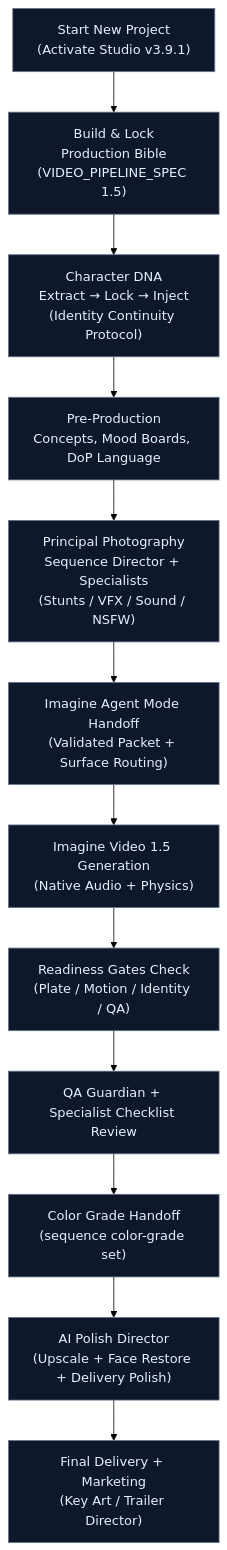
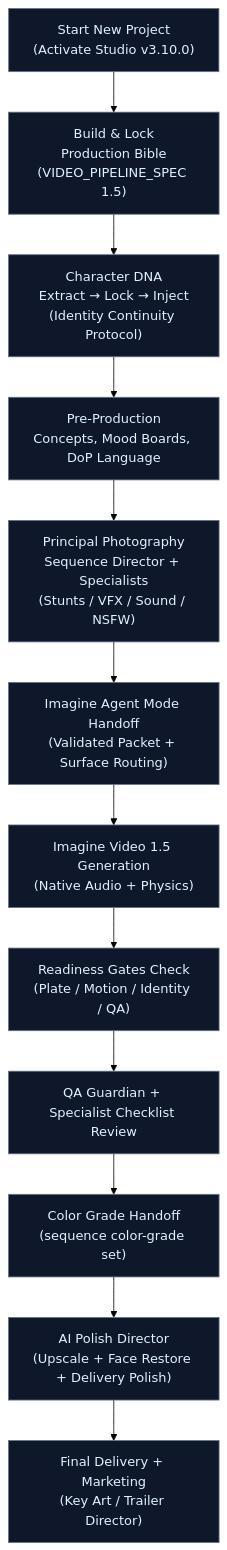
Before and after one commit to FineComputer14451/Grok-Imagine-Cinematic-Studio: the second of 2 diagrams in README.md, drawn with Mermaid (forest theme). The commit also changed other lines of this file and 84 other files, not shown here.

````diff
--- a/README.md
+++ b/README.md
@@ -149,17 +159,17 @@
 ```mermaid
 flowchart TD
-    Start["Start New Project<br/>(Activate Studio v3.9.1)"] --> Bible["Build & Lock<br/>Production Bible<br/>(VIDEO_PIPELINE_SPEC 1.5)"]
+    Start["Start New Project<br/>(Activate Studio v3.10.0)"] --> Bible["Build & Lock<br/>Production Bible<br/>(VIDEO_PIPELINE_SPEC 1.5)"]
     Bible --> DNA["Character DNA<br/>Extract → Lock → Inject<br/>(Identity Continuity Protocol)"]
     DNA --> PreProd["Pre-Production<br/>Concepts, Mood Boards, DoP Language"]
     PreProd --> Principal["Principal Photography<br/>Sequence Director + Specialists<br/>(Stunts / VFX / Sound / NSFW)"]
     Principal --> Handoff["Imagine Agent Mode Handoff<br/>(Validated Packet + Surface Routing)"]
     Handoff --> Generate["Imagine Video 1.5 Generation<br/>(Native Audio + Physics)"]
     Generate --> Gates["Readiness Gates Check<br/>(Plate / Motion / Identity / QA)"]
     Gates --> Review["QA Guardian + Specialist Checklist Review"]
     Review --> Color["Color Grade Handoff<br/>(sequence color-grade set)"]
     Color --> Polish["AI Polish Director<br/>(Upscale + Face Restore + Delivery Polish)"]
     Polish --> Deliver["Final Delivery + Marketing<br/>(Key Art / Trailer Director)"]
 
     classDef step fill:#0f172a,stroke:#64748b,color:#e0f2fe
     class Start,Bible,DNA,PreProd,Principal,Handoff,Generate,Gates,Review,Color,Polish,Deliver step
 ```
````
